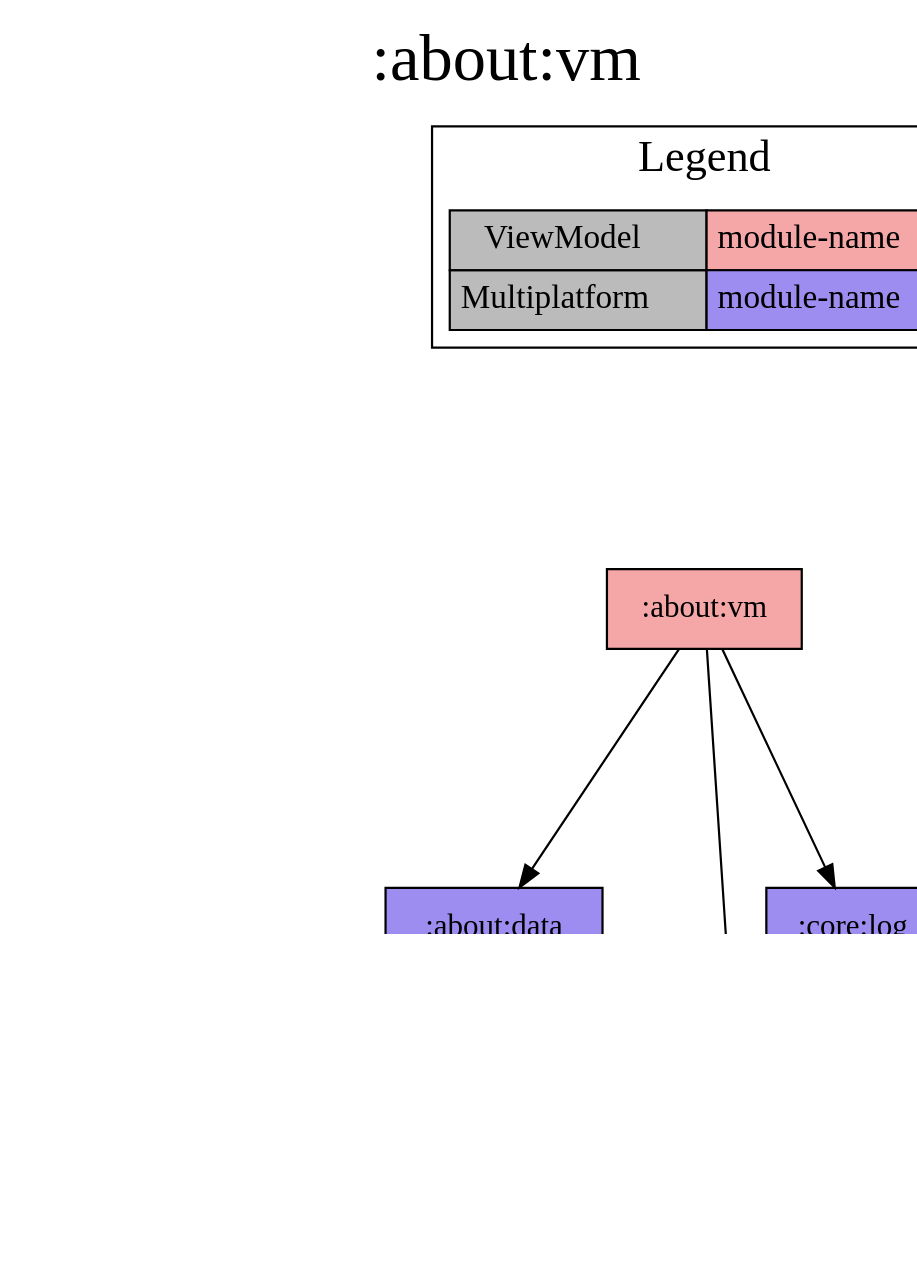
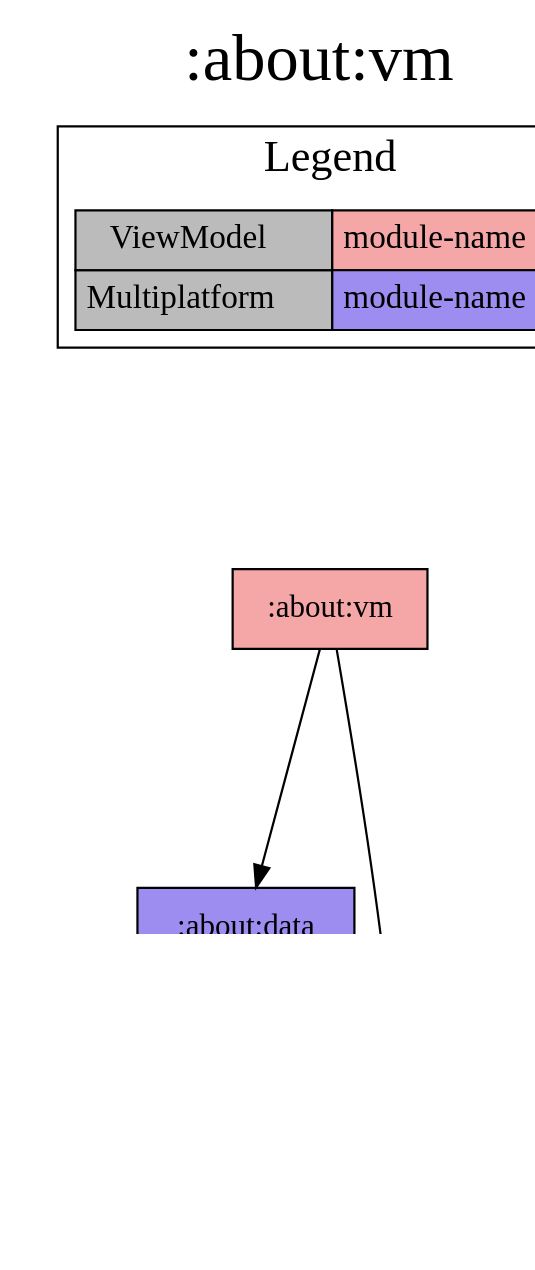
The diagram in modules/about/vm/project-dependency-graph.dot (jonapoul/aktual), drawn with Graphviz before and after one commit. The commit also changed 116 other files, not shown here.

```diff
--- a/modules/about/vm/project-dependency-graph.dot
+++ b/modules/about/vm/project-dependency-graph.dot
@@ -1,31 +1,27 @@
 digraph {
 edge ["dir"="forward"]
 graph ["dpi"="100","label"=":about:vm","labelloc"="t","fontsize"="30","ranksep"="1.5","rankdir"="TB"]
 node ["style"="filled"]
 ":about:data" ["fillcolor"="#9D8DF1","shape"="box"]
 ":about:vm" ["fillcolor"="#F5A6A6","shape"="box"]
 ":api:github" ["fillcolor"="#9D8DF1","shape"="box"]
 ":core:buildconfig" ["fillcolor"="#9D8DF1","shape"="box"]
-":core:coroutines" ["fillcolor"="#9D8DF1","shape"="box"]
-":core:log" ["fillcolor"="#9D8DF1","shape"="box"]
 {
 edge ["dir"="none"]
 graph ["rank"="same"]
 }
 ":about:data" -> ":api:github"
 ":about:data" -> ":core:buildconfig"
-":about:data" -> ":core:coroutines"
 ":about:vm" -> ":about:data"
 ":about:vm" -> ":core:buildconfig"
-":about:vm" -> ":core:log"
 subgraph "cluster_legend" {
 edge ["dir"="none"]
 graph ["label"="Legend","fontsize"="20"]
 "Legend" ["style"="filled","fillcolor"="#bbbbbb","shape"="none","margin"="0","fontsize"="15","label"=<
 <TABLE BORDER="0" CELLBORDER="1" CELLSPACING="0" CELLPADDING="4">
 <TR><TD>ViewModel</TD><TD BGCOLOR="#F5A6A6">module-name</TD></TR>
 <TR><TD>Multiplatform</TD><TD BGCOLOR="#9D8DF1">module-name</TD></TR>
 </TABLE>
 >]
 } -> ":about:vm" ["style"="invis"]
 }
```
